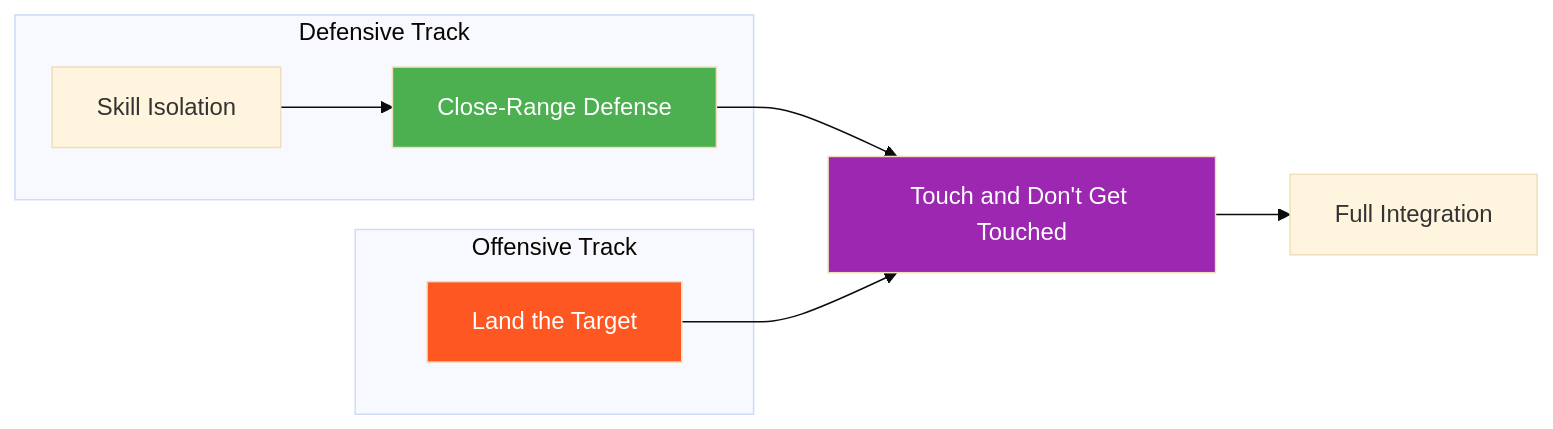
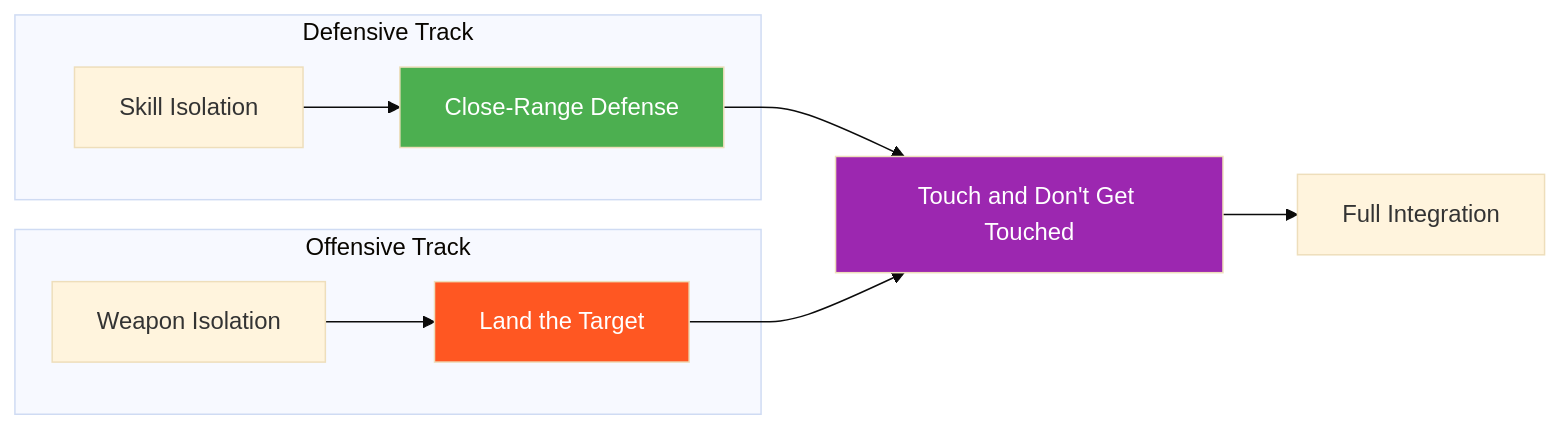
One commit to ACalienes/Ecological-MMA-Game-System changed the second of 5 diagrams in docs/system/map.md. Above: the diagram before and after it, drawn with Mermaid (base theme). The commit also changed other lines of this file and 24 other files, not shown here.

````diff
--- a/docs/system/map.md
+++ b/docs/system/map.md
@@ -129,18 +183,18 @@
 ```mermaid
 flowchart LR
     subgraph Defensive["Defensive Track"]
         A[Skill Isolation] --> B[Close-Range Defense]
     end
 
     subgraph Offensive["Offensive Track"]
-        C[Land the Target]
+        C[Weapon Isolation] --> D[Land the Target]
     end
 
-    B --> D[Touch and Don't Get Touched]
-    C --> D
-    D --> E[Full Integration]
+    B --> E[Touch and Don't Get Touched]
+    D --> E
+    E --> F[Full Integration]
 
     style B fill:#4CAF50,color:#fff
-    style C fill:#FF5722,color:#fff
-    style D fill:#9C27B0,color:#fff
+    style D fill:#FF5722,color:#fff
+    style E fill:#9C27B0,color:#fff
 ```
````
